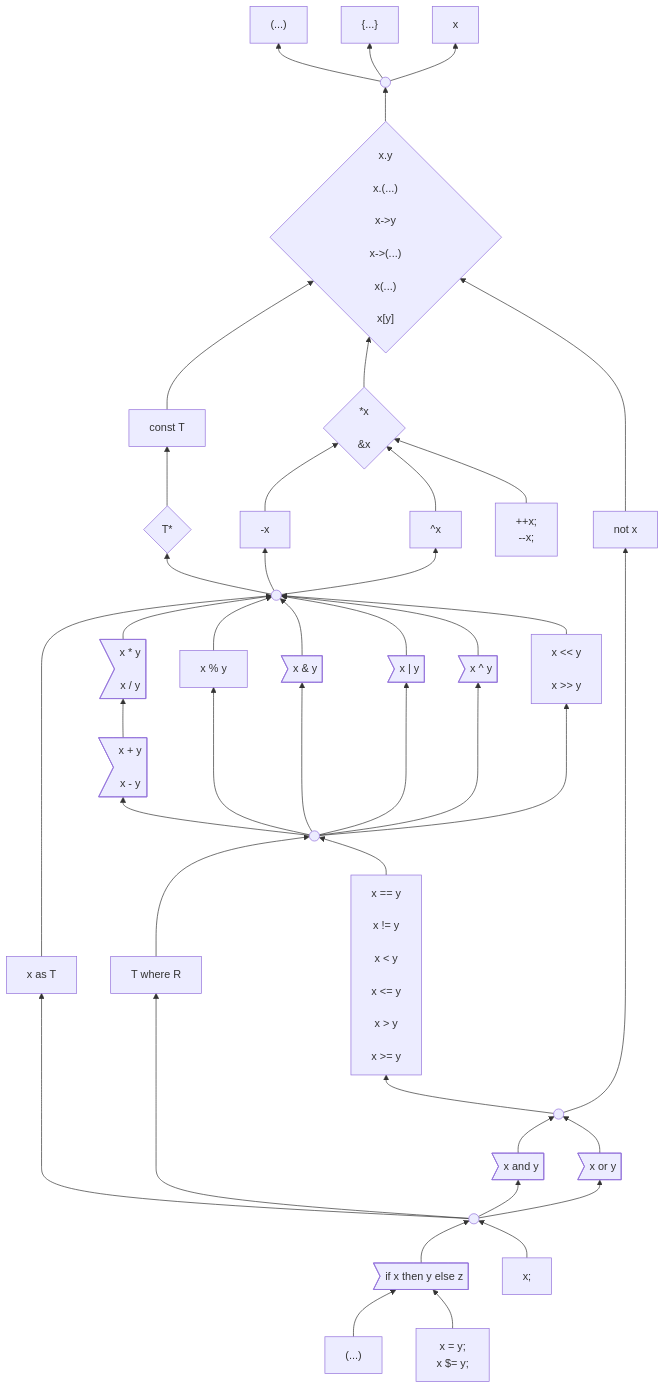
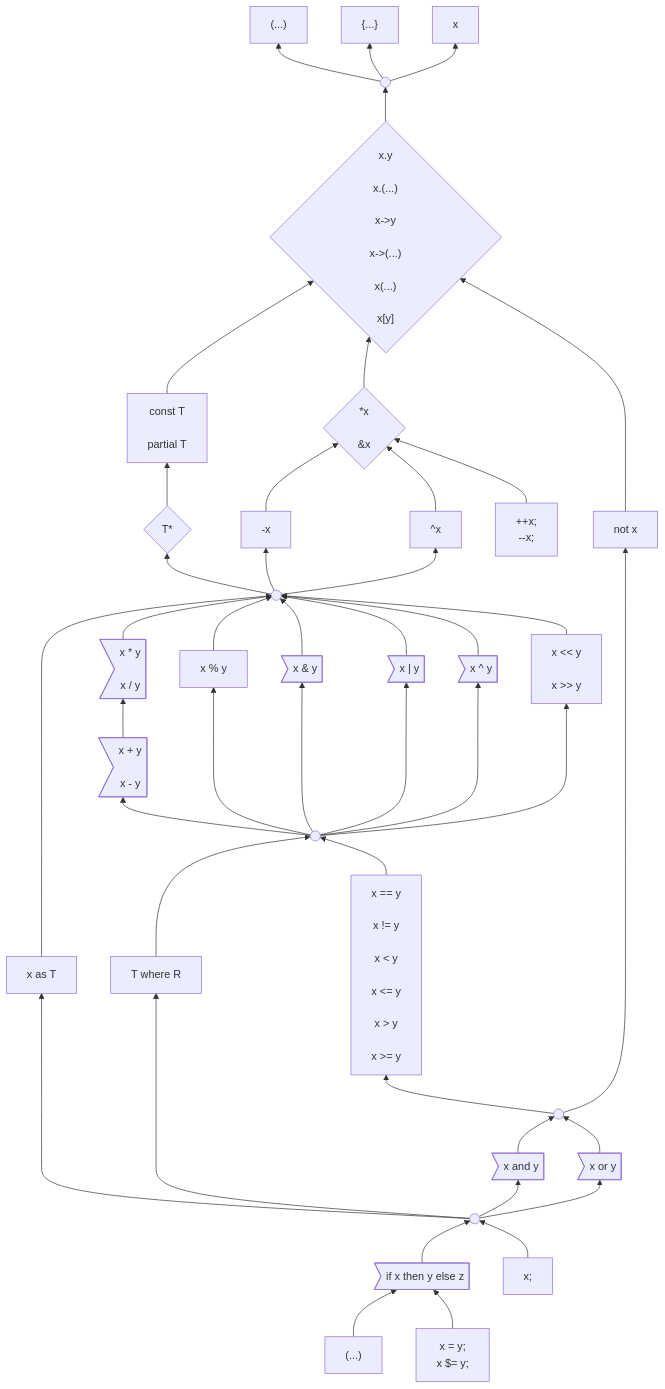
Before and after one commit to carbon-language/carbon-lang: the first of 3 diagrams in docs/design/expressions/README.md, drawn with Mermaid.

Commit message:
Add `partial` to the precedence diagram.
Following the decision in #5010.

```diff
--- a/docs/design/expressions/README.md
+++ b/docs/design/expressions/README.md
@@ -72,7 +72,8 @@
                x[y]"}
     click suffixOps "https://github.com/carbon-language/carbon-lang/blob/trunk/docs/design/expressions/README.md#suffix-operators"
 
-    constType["const T"]
+    qualifiedType["const T<br>
+                   partial T"]
     click pointer-type "https://github.com/carbon-language/carbon-lang/blob/trunk/docs/design/expressions/type_operators.md"
 
     pointerType{"T*"}
@@ -157,8 +158,8 @@
 
     suffixOps --> top
 
-    constType --> suffixOps
-    pointerType --> constType
+    qualifiedType --> suffixOps
+    pointerType --> qualifiedType
 
     pointer --> suffixOps
     negation & complement & incDec --> pointer
```
